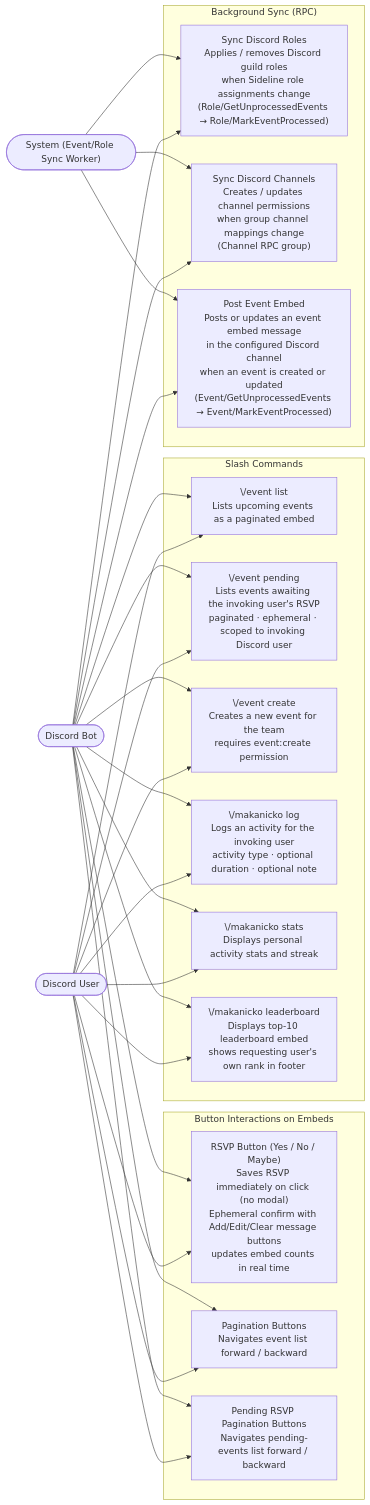
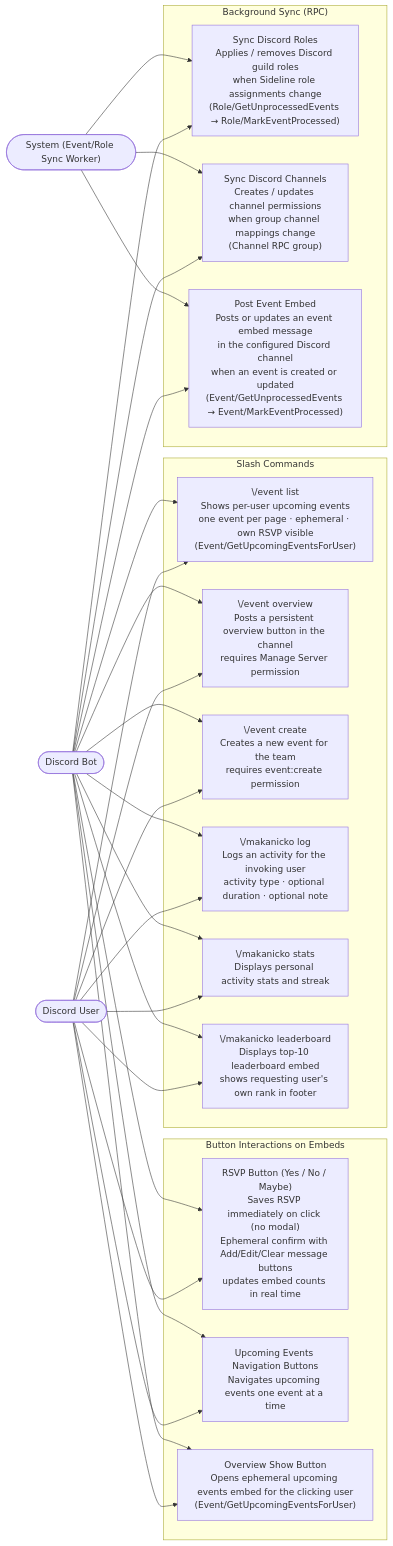
Before and after one commit to maxa-ondrej/sideline: the ninth of 9 diagrams in docs/thesis/use-cases.md, drawn with Mermaid. The commit also changed other lines of this file and 30 other files, not shown here.

First line of the commit message:
feat: show RSVP status on Discord + event overview channel (#203)

````diff
--- a/docs/thesis/use-cases.md
+++ b/docs/thesis/use-cases.md
@@ -451,54 +451,54 @@
 ```mermaid
 flowchart LR
     DU(["Discord User"])
     BOT(["Discord Bot"])
     SYS(["System (Event/Role Sync Worker)"])
 
     subgraph SLASH["Slash Commands"]
-        UC_EVT_LIST["\/event list\nLists upcoming events as a paginated embed"]
-        UC_EVT_PENDING["\/event pending\nLists events awaiting the invoking user's RSVP\npaginated · ephemeral · scoped to invoking Discord user"]
+        UC_EVT_LIST["\/event list\nShows per-user upcoming events\none event per page · ephemeral · own RSVP visible\n(Event/GetUpcomingEventsForUser)"]
+        UC_EVT_OVERVIEW["\/event overview\nPosts a persistent overview button in the channel\nrequires Manage Server permission"]
         UC_EVT_CREATE["\/event create\nCreates a new event for the team\nrequires event:create permission"]
         UC_MAK_LOG["\/makanicko log\nLogs an activity for the invoking user\nactivity type · optional duration · optional note"]
         UC_MAK_STATS["\/makanicko stats\nDisplays personal activity stats and streak"]
         UC_MAK_LB["\/makanicko leaderboard\nDisplays top-10 leaderboard embed\nshows requesting user's own rank in footer"]
     end
 
     subgraph BUTTONS["Button Interactions on Embeds"]
         UC_BTN_RSVP["RSVP Button (Yes / No / Maybe)\nSaves RSVP immediately on click (no modal)\nEphemeral confirm with Add/Edit/Clear message buttons\nupdates embed counts in real time"]
-        UC_BTN_PAGE["Pagination Buttons\nNavigates event list forward / backward"]
-        UC_BTN_PENDING_PAGE["Pending RSVP Pagination Buttons\nNavigates pending-events list forward / backward"]
+        UC_BTN_PAGE["Upcoming Events Navigation Buttons\nNavigates upcoming events one event at a time"]
+        UC_BTN_OVERVIEW_SHOW["Overview Show Button\nOpens ephemeral upcoming events embed for the clicking user\n(Event/GetUpcomingEventsForUser)"]
     end
 
     subgraph SYNC["Background Sync (RPC)"]
         UC_SYNC_ROLES["Sync Discord Roles\nApplies / removes Discord guild roles\nwhen Sideline role assignments change\n(Role/GetUnprocessedEvents → Role/MarkEventProcessed)"]
         UC_SYNC_CHANNELS["Sync Discord Channels\nCreates / updates channel permissions\nwhen group channel mappings change\n(Channel RPC group)"]
         UC_POST_EMBED["Post Event Embed\nPosts or updates an event embed message\nin the configured Discord channel\nwhen an event is created or updated\n(Event/GetUnprocessedEvents → Event/MarkEventProcessed)"]
     end
 
     DU --> UC_EVT_LIST
-    DU --> UC_EVT_PENDING
+    DU --> UC_EVT_OVERVIEW
     DU --> UC_EVT_CREATE
     DU --> UC_MAK_LOG
     DU --> UC_MAK_STATS
     DU --> UC_MAK_LB
     DU --> UC_BTN_RSVP
     DU --> UC_BTN_PAGE
-    DU --> UC_BTN_PENDING_PAGE
+    DU --> UC_BTN_OVERVIEW_SHOW
 
     BOT --> UC_EVT_LIST
-    BOT --> UC_EVT_PENDING
+    BOT --> UC_EVT_OVERVIEW
     BOT --> UC_EVT_CREATE
     BOT --> UC_MAK_LOG
     BOT --> UC_MAK_STATS
     BOT --> UC_MAK_LB
     BOT --> UC_BTN_RSVP
     BOT --> UC_BTN_PAGE
-    BOT --> UC_BTN_PENDING_PAGE
+    BOT --> UC_BTN_OVERVIEW_SHOW
     BOT --> UC_SYNC_ROLES
     BOT --> UC_SYNC_CHANNELS
     BOT --> UC_POST_EMBED
 
     SYS --> UC_SYNC_ROLES
     SYS --> UC_SYNC_CHANNELS
     SYS --> UC_POST_EMBED
 ```
````
